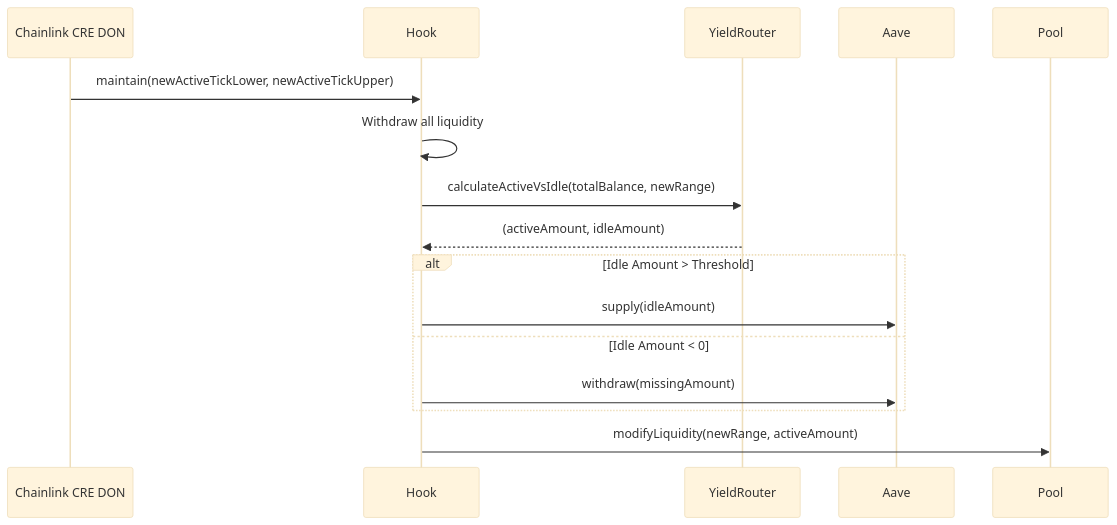
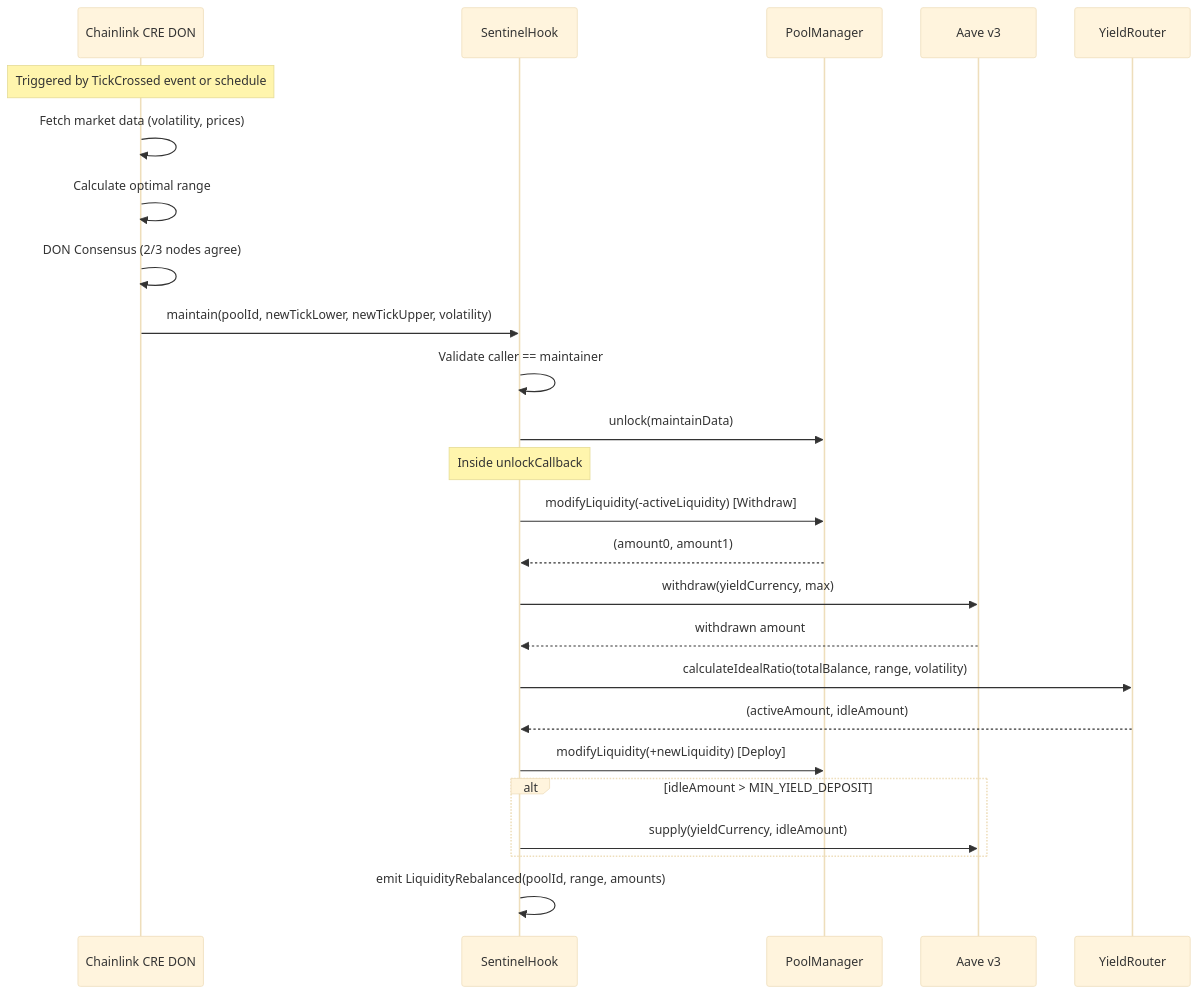
Before and after one commit to sahil-kaushik1/Uniswap-Sentinel: the fourth of 4 diagrams in agents.md, drawn with Mermaid (base theme). The commit also changed other lines of this file and 5 other files, not shown here.

````diff
--- a/agents.md
+++ b/agents.md
@@ -38,21 +174,38 @@
 ```mermaid
 sequenceDiagram
     participant CRE as Chainlink CRE DON
-    participant Hook
-    participant YieldRouter
-    participant Aave
-    participant Pool
-
-    CRE->>Hook: maintain(newActiveTickLower, newActiveTickUpper)
-    Hook->>Hook: Withdraw all liquidity
-    Hook->>YieldRouter: calculateActiveVsIdle(totalBalance, newRange)
-    YieldRouter-->>Hook: (activeAmount, idleAmount)
+    participant Hook as SentinelHook
+    participant PM as PoolManager
+    participant Aave as Aave v3
+    participant YR as YieldRouter
     
-    alt Idle Amount > Threshold
-        Hook->>Aave: supply(idleAmount)
-    else Idle Amount < 0
-        Hook->>Aave: withdraw(missingAmount)
+    Note over CRE: Triggered by TickCrossed event or schedule
+    
+    CRE->>CRE: Fetch market data (volatility, prices)
+    CRE->>CRE: Calculate optimal range
+    CRE->>CRE: DON Consensus (2/3 nodes agree)
+    
+    CRE->>Hook: maintain(poolId, newTickLower, newTickUpper, volatility)
+    
+    Hook->>Hook: Validate caller == maintainer
+    Hook->>PM: unlock(maintainData)
+    
+    Note over Hook: Inside unlockCallback
+    
+    Hook->>PM: modifyLiquidity(-activeLiquidity) [Withdraw]
+    PM-->>Hook: (amount0, amount1)
+    
+    Hook->>Aave: withdraw(yieldCurrency, max)
+    Aave-->>Hook: withdrawn amount
+    
+    Hook->>YR: calculateIdealRatio(totalBalance, range, volatility)
+    YR-->>Hook: (activeAmount, idleAmount)
+    
+    Hook->>PM: modifyLiquidity(+newLiquidity) [Deploy]
+    
+    alt idleAmount > MIN_YIELD_DEPOSIT
+        Hook->>Aave: supply(yieldCurrency, idleAmount)
     end
     
-    Hook->>Pool: modifyLiquidity(newRange, activeAmount)
+    Hook->>Hook: emit LiquidityRebalanced(poolId, range, amounts)
 ```
````
